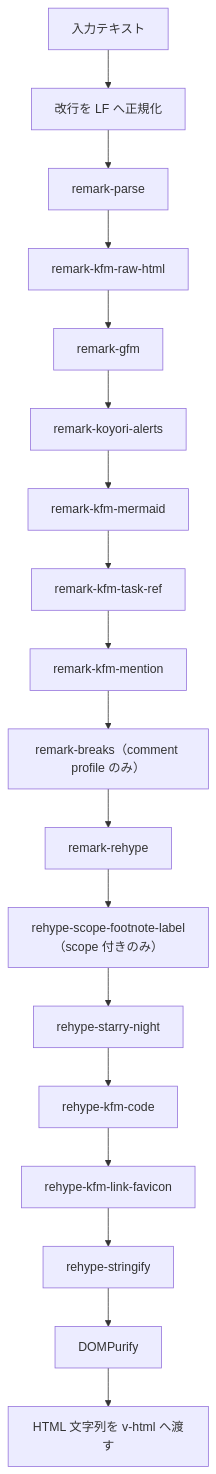
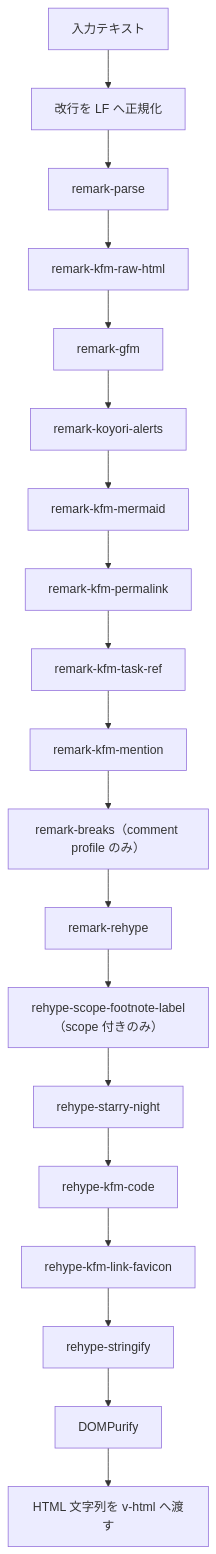
Before and after one commit to koyori-app/task: the diagram in docs/dev/frontend/kfm-phase1-implementation.md, drawn with Mermaid. The commit also changed other lines of this file and 27 other files, not shown here.

````diff
--- a/docs/dev/frontend/kfm-phase1-implementation.md
+++ b/docs/dev/frontend/kfm-phase1-implementation.md
@@ -89,20 +95,21 @@
 ```mermaid
 flowchart TD
     A["入力テキスト"] --> B["改行を LF へ正規化"]
     B --> C["remark-parse"]
     C --> D["remark-kfm-raw-html"]
     D --> E["remark-gfm"]
     E --> F["remark-koyori-alerts"]
     F --> G["remark-kfm-mermaid"]
-    G --> H["remark-kfm-task-ref"]
+    G --> G2["remark-kfm-permalink"]
+    G2 --> H["remark-kfm-task-ref"]
     H --> I["remark-kfm-mention"]
     I --> J["remark-breaks（comment profile のみ）"]
     J --> K["remark-rehype"]
     K --> L["rehype-scope-footnote-label（scope 付きのみ）"]
     L --> M["rehype-starry-night"]
     M --> N["rehype-kfm-code"]
     N --> N2["rehype-kfm-link-favicon"]
     N2 --> O["rehype-stringify"]
     O --> P["DOMPurify"]
     P --> Q["HTML 文字列を v-html へ渡す"]
 ```
````
